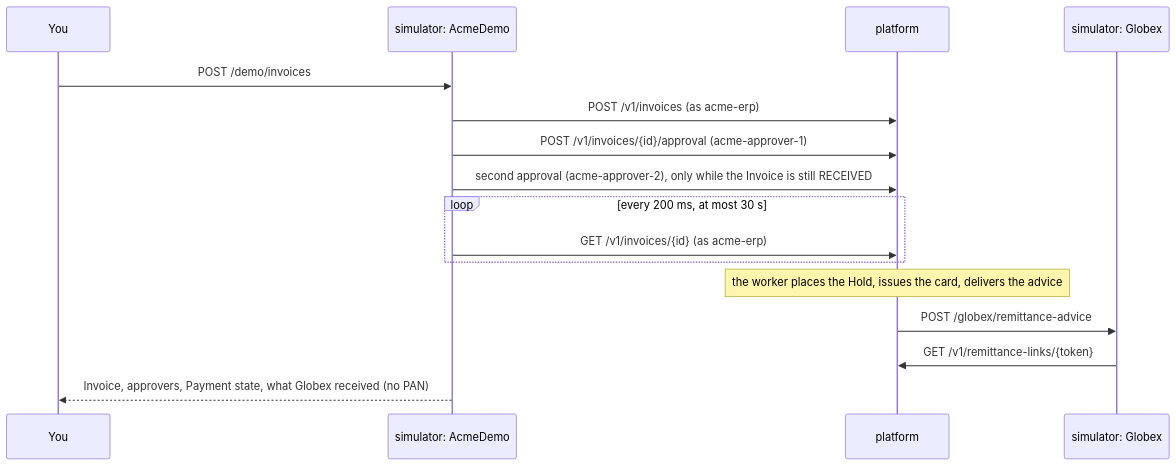
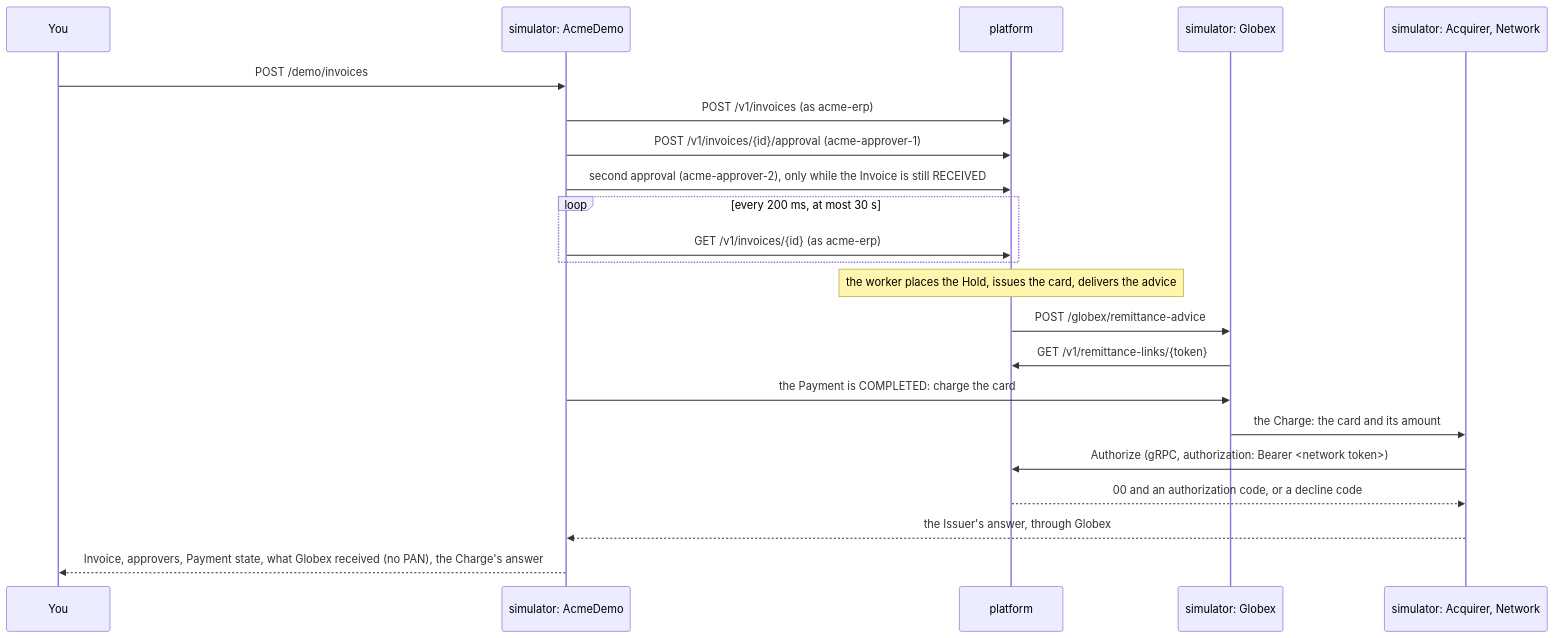
The eighth of 8 diagrams in docs/architecture.md (rgonzal92/b2b-payments-platform), drawn with Mermaid before and after one commit. The commit also changed other lines of this file and 5 other files, not shown here.

First line of the commit message:
docs: describe Globex's Charge through the simulator's Acquirer and Network

````diff
--- a/docs/architecture.md
+++ b/docs/architecture.md
@@ -280,19 +282,25 @@
 ```mermaid
 sequenceDiagram
   participant You
   participant DEMO as simulator: AcmeDemo
   participant PLT as platform
   participant GLX as simulator: Globex
+  participant NET as simulator: Acquirer, Network
 
   You->>DEMO: POST /demo/invoices
   DEMO->>PLT: POST /v1/invoices (as acme-erp)
   DEMO->>PLT: POST /v1/invoices/{id}/approval (acme-approver-1)
   DEMO->>PLT: second approval (acme-approver-2), only while the Invoice is still RECEIVED
   loop every 200 ms, at most 30 s
     DEMO->>PLT: GET /v1/invoices/{id} (as acme-erp)
   end
   Note over PLT: the worker places the Hold, issues the card, delivers the advice
   PLT->>GLX: POST /globex/remittance-advice
   GLX->>PLT: GET /v1/remittance-links/{token}
-  DEMO-->>You: Invoice, approvers, Payment state, what Globex received (no PAN)
+  DEMO->>GLX: the Payment is COMPLETED: charge the card
+  GLX->>NET: the Charge: the card and its amount
+  NET->>PLT: Authorize (gRPC, authorization: Bearer <network token>)
+  PLT-->>NET: 00 and an authorization code, or a decline code
+  NET-->>DEMO: the Issuer's answer, through Globex
+  DEMO-->>You: Invoice, approvers, Payment state, what Globex received (no PAN), the Charge's answer
 ```
````
